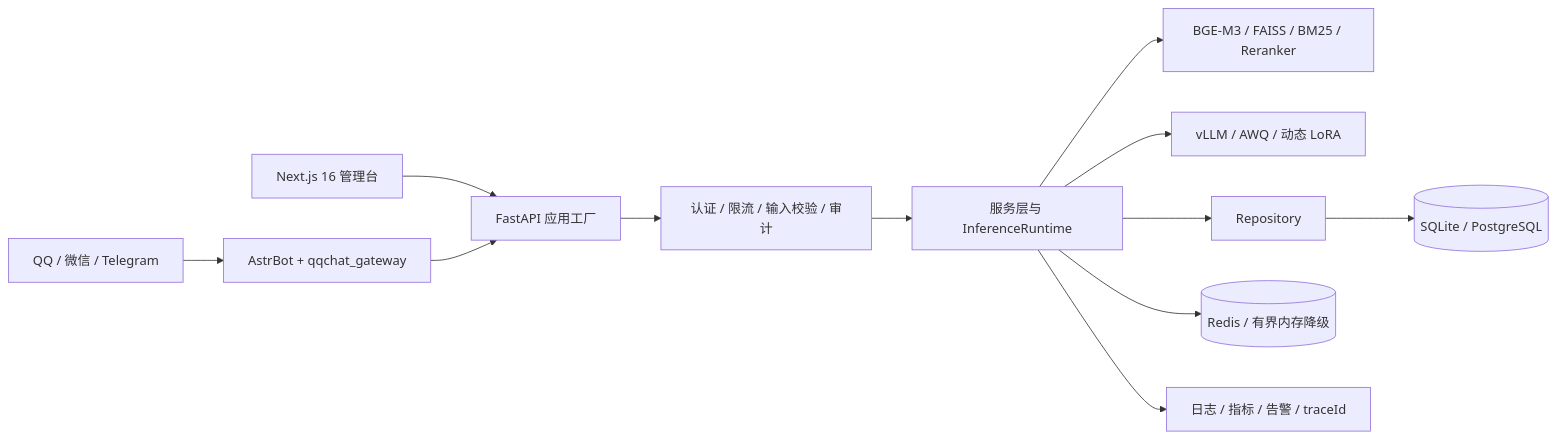
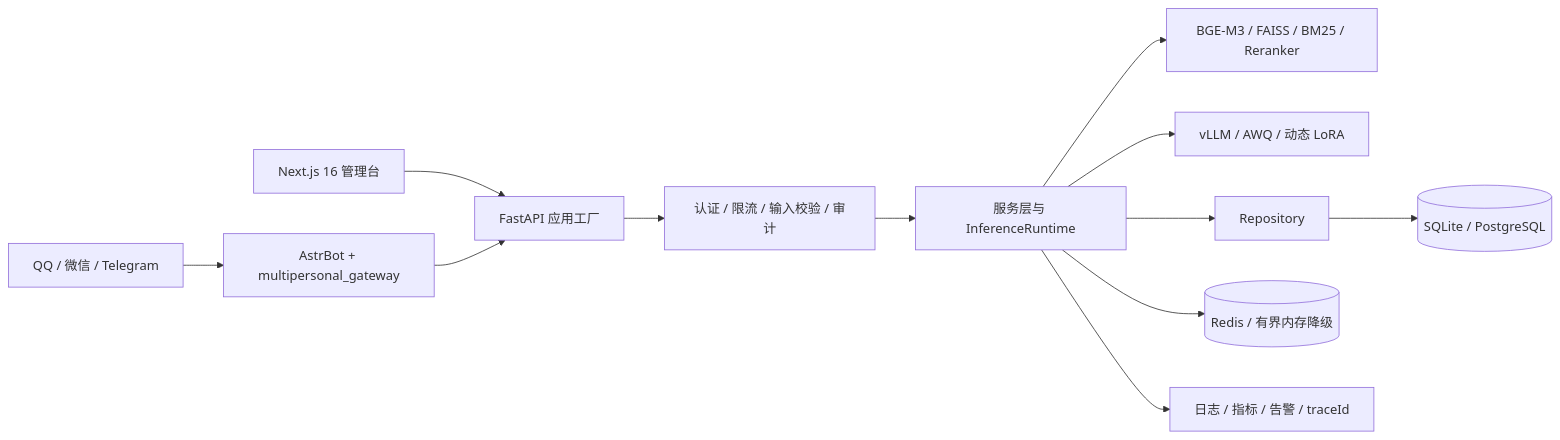
One commit to despaoy/multi-personal-chat changed the diagram in docs/research/POSTGRADUATE_RECOMMENDATION_DEFENSE_PLAYBOOK.md. Above: the diagram before and after it, drawn with Mermaid. The commit also changed other lines of this file and 69 other files, not shown here.

````diff
--- a/docs/research/POSTGRADUATE_RECOMMENDATION_DEFENSE_PLAYBOOK.md
+++ b/docs/research/POSTGRADUATE_RECOMMENDATION_DEFENSE_PLAYBOOK.md
@@ -122,14 +122,14 @@
 ```mermaid
 flowchart LR
-    IM[QQ / 微信 / Telegram] --> AB[AstrBot + qqchat_gateway]
+    IM[QQ / 微信 / Telegram] --> AB[AstrBot + multipersonal_gateway]
     WEB[Next.js 16 管理台] --> API[FastAPI 应用工厂]
     AB --> API
     API --> MW[认证 / 限流 / 输入校验 / 审计]
     MW --> SVC[服务层与 InferenceRuntime]
     SVC --> RAG[BGE-M3 / FAISS / BM25 / Reranker]
     SVC --> VLLM[vLLM / AWQ / 动态 LoRA]
     SVC --> REPO[Repository]
     REPO --> DB[(SQLite / PostgreSQL)]
     SVC --> CACHE[(Redis / 有界内存降级)]
     SVC --> OBS[日志 / 指标 / 告警 / traceId]
 ```
````
